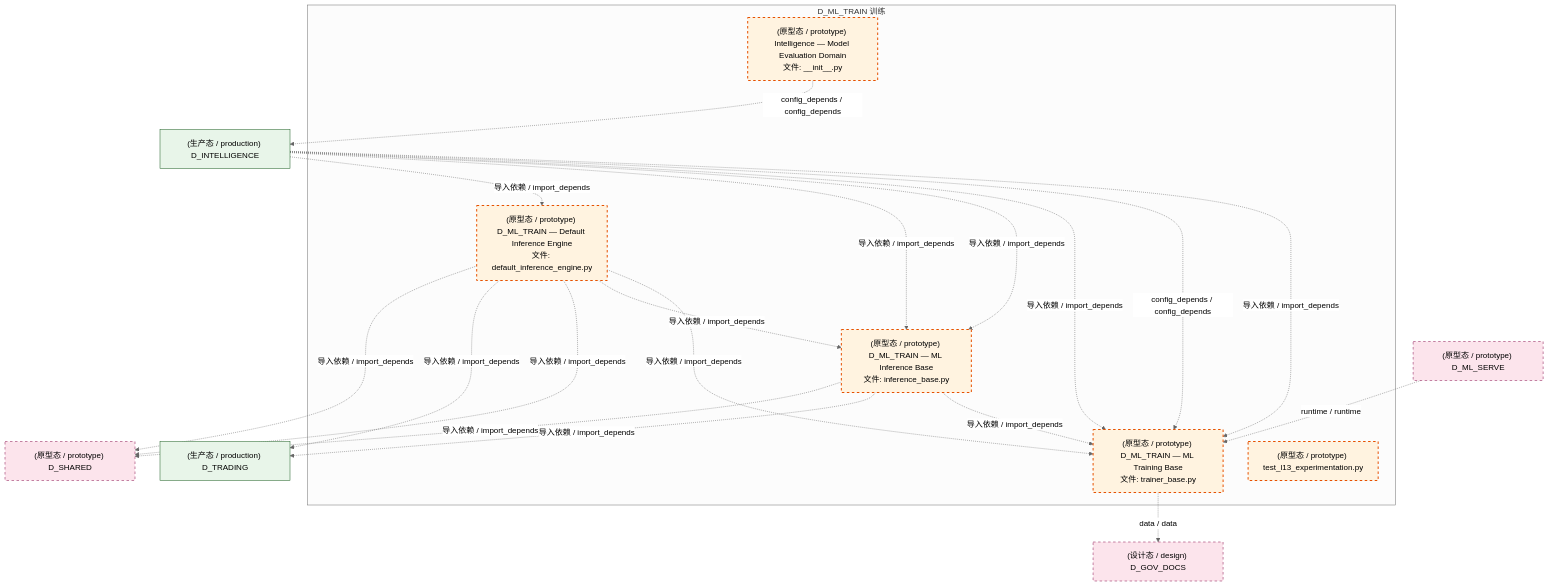
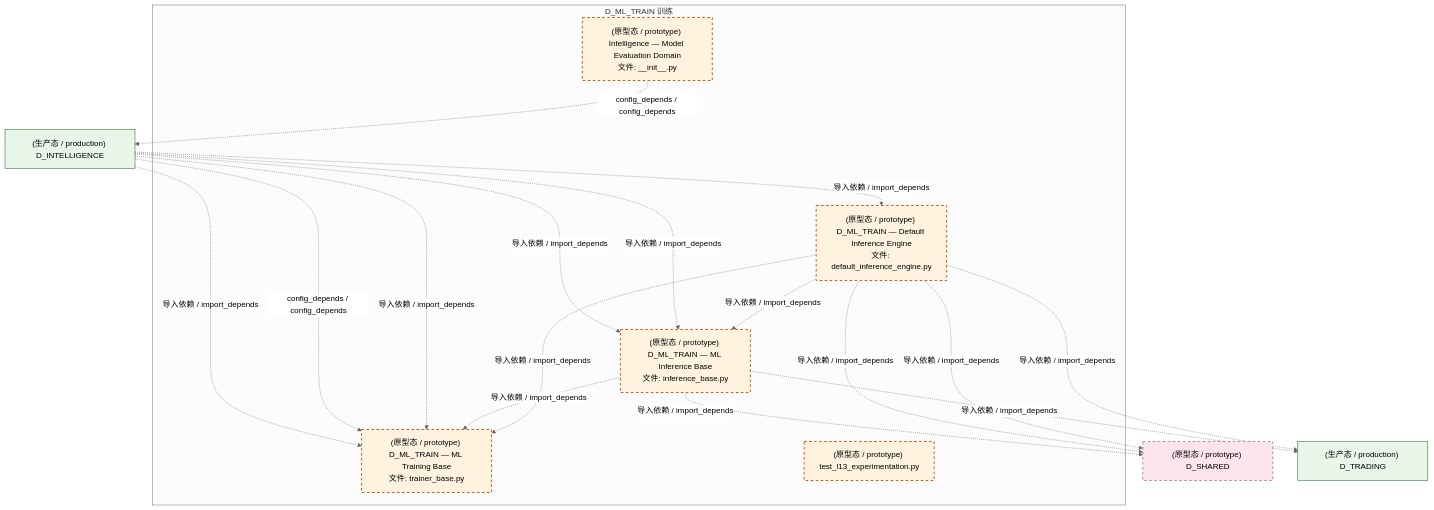
One commit to xuanFelixVan/ZephyrAlpha changed the third of 4 diagrams in docs/02_enterprise_architecture/02_domain_architecture_docs/50_d_ml_train.md. Above: the diagram before and after it, drawn with Mermaid (neutral theme). The commit also changed other lines of this file and 126 other files, not shown here.

````diff
--- a/docs/02_enterprise_architecture/02_domain_architecture_docs/50_d_ml_train.md
+++ b/docs/02_enterprise_architecture/02_domain_architecture_docs/50_d_ml_train.md
@@ -153,39 +146,35 @@
 ```mermaid
 graph TD
     subgraph D_ML_TRAIN["D_ML_TRAIN 训练"]
         src_zephyr_intelligence_model_evaluation_init_py["(原型态 / prototype) Intelligence — Model Evaluation Domain<br/>文件: __init__.py"]
         src_zephyr_ml_train_implementations_default_inference_engine_py["(原型态 / prototype) D_ML_TRAIN — Default Inference Engine<br/>文件: default_inference_engine.py"]
         src_zephyr_ml_train_inference_base_py["(原型态 / prototype) D_ML_TRAIN — ML Inference Base<br/>文件: inference_base.py"]
         src_zephyr_ml_train_trainer_base_py["(原型态 / prototype) D_ML_TRAIN — ML Training Base<br/>文件: trainer_base.py"]
         tests_ml_experiment_test_l13_experimentation_py["(原型态 / prototype) test_l13_experimentation.py"]
     end
-    src_zephyr_ml_train_inference_base_py -.->|导入依赖 / import_depends| src_zephyr_ml_train_trainer_base_py
     src_zephyr_ml_train_implementations_default_inference_engine_py -.->|导入依赖 / import_depends| src_zephyr_ml_train_trainer_base_py
     src_zephyr_ml_train_implementations_default_inference_engine_py -.->|导入依赖 / import_depends| src_zephyr_ml_train_inference_base_py
+    src_zephyr_ml_train_inference_base_py -.->|导入依赖 / import_depends| src_zephyr_ml_train_trainer_base_py
     D_INTELLIGENCE["(生产态 / production) D_INTELLIGENCE"]
     src_zephyr_intelligence_model_evaluation_init_py -.->|config_depends / config_depends| D_INTELLIGENCE
-    D_GOV_DOCS["(设计态 / design) D_GOV_DOCS"]
-    src_zephyr_ml_train_trainer_base_py -.->|data / data| D_GOV_DOCS
+    D_SHARED["(原型态 / prototype) D_SHARED"]
+    src_zephyr_ml_train_implementations_default_inference_engine_py -.->|导入依赖 / import_depends| D_SHARED
     D_TRADING["(生产态 / production) D_TRADING"]
-    src_zephyr_ml_train_inference_base_py -.->|导入依赖 / import_depends| D_TRADING
-    D_SHARED["(原型态 / prototype) D_SHARED"]
-    src_zephyr_ml_train_inference_base_py -.->|导入依赖 / import_depends| D_SHARED
-    src_zephyr_ml_train_implementations_default_inference_engine_py -.->|导入依赖 / import_depends| D_SHARED
     src_zephyr_ml_train_implementations_default_inference_engine_py -.->|导入依赖 / import_depends| D_TRADING
     src_zephyr_ml_train_implementations_default_inference_engine_py -.->|导入依赖 / import_depends| D_SHARED
+    src_zephyr_ml_train_inference_base_py -.->|导入依赖 / import_depends| D_TRADING
+    src_zephyr_ml_train_inference_base_py -.->|导入依赖 / import_depends| D_SHARED
     D_INTELLIGENCE -.->|导入依赖 / import_depends| src_zephyr_ml_train_trainer_base_py
     D_INTELLIGENCE -.->|config_depends / config_depends| src_zephyr_ml_train_trainer_base_py
     D_INTELLIGENCE -.->|导入依赖 / import_depends| src_zephyr_ml_train_trainer_base_py
-    D_ML_SERVE["(原型态 / prototype) D_ML_SERVE"]
-    D_ML_SERVE -.->|runtime / runtime| src_zephyr_ml_train_trainer_base_py
+    D_INTELLIGENCE -.->|导入依赖 / import_depends| src_zephyr_ml_train_implementations_default_inference_engine_py
     D_INTELLIGENCE -.->|导入依赖 / import_depends| src_zephyr_ml_train_inference_base_py
     D_INTELLIGENCE -.->|导入依赖 / import_depends| src_zephyr_ml_train_inference_base_py
-    D_INTELLIGENCE -.->|导入依赖 / import_depends| src_zephyr_ml_train_implementations_default_inference_engine_py
     classDef production fill:#e1f5fe,stroke:#01579b,stroke-width:2px,color:#000
     classDef design fill:#fff3e0,stroke:#e65100,stroke-width:2px,color:#000,stroke-dasharray: 5 5
     classDef external_prod fill:#e8f5e9,stroke:#1b5e20,stroke-width:1px,color:#000
     classDef external_design fill:#fce4ec,stroke:#880e4f,stroke-width:1px,color:#000,stroke-dasharray: 5 5
     class src_zephyr_intelligence_model_evaluation_init_py,src_zephyr_ml_train_implementations_default_inference_engine_py,src_zephyr_ml_train_inference_base_py,src_zephyr_ml_train_trainer_base_py,tests_ml_experiment_test_l13_experimentation_py design
     class D_INTELLIGENCE,D_TRADING external_prod
-    class D_GOV_DOCS,D_SHARED,D_ML_SERVE external_design
+    class D_SHARED external_design
 ```
````
